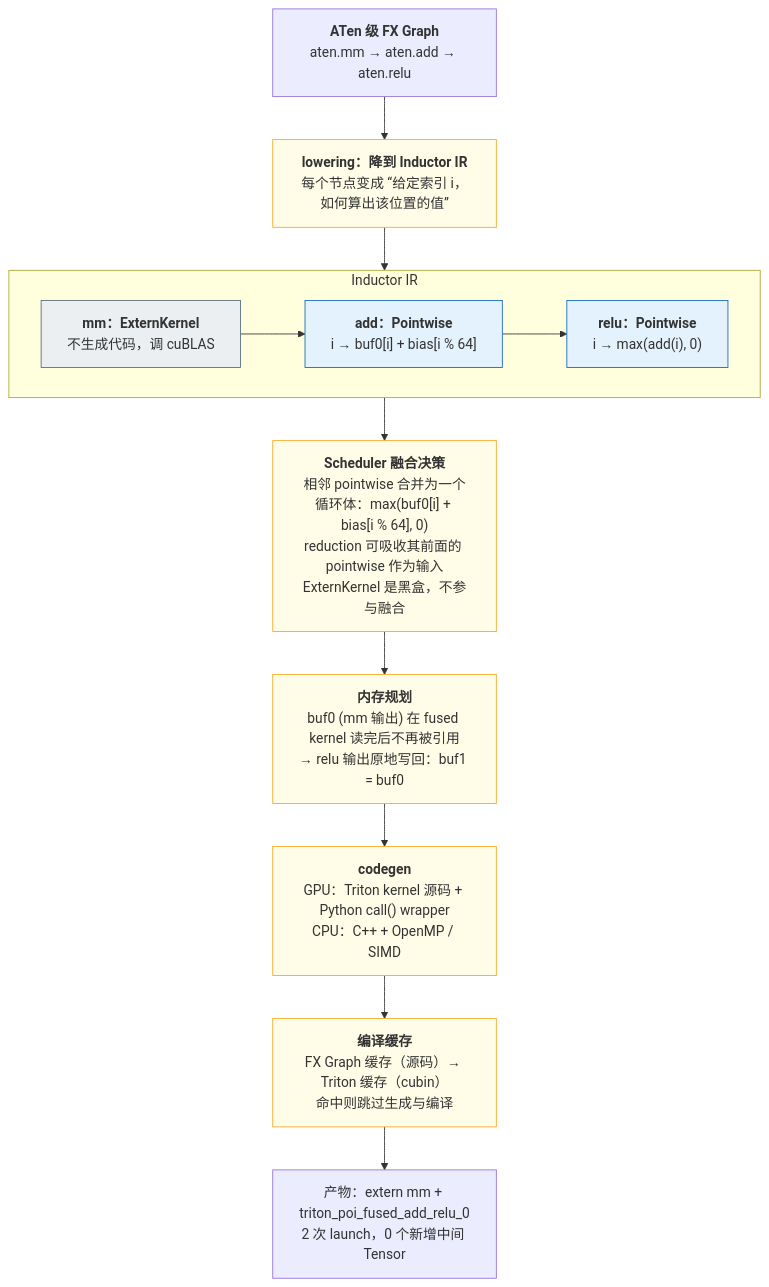
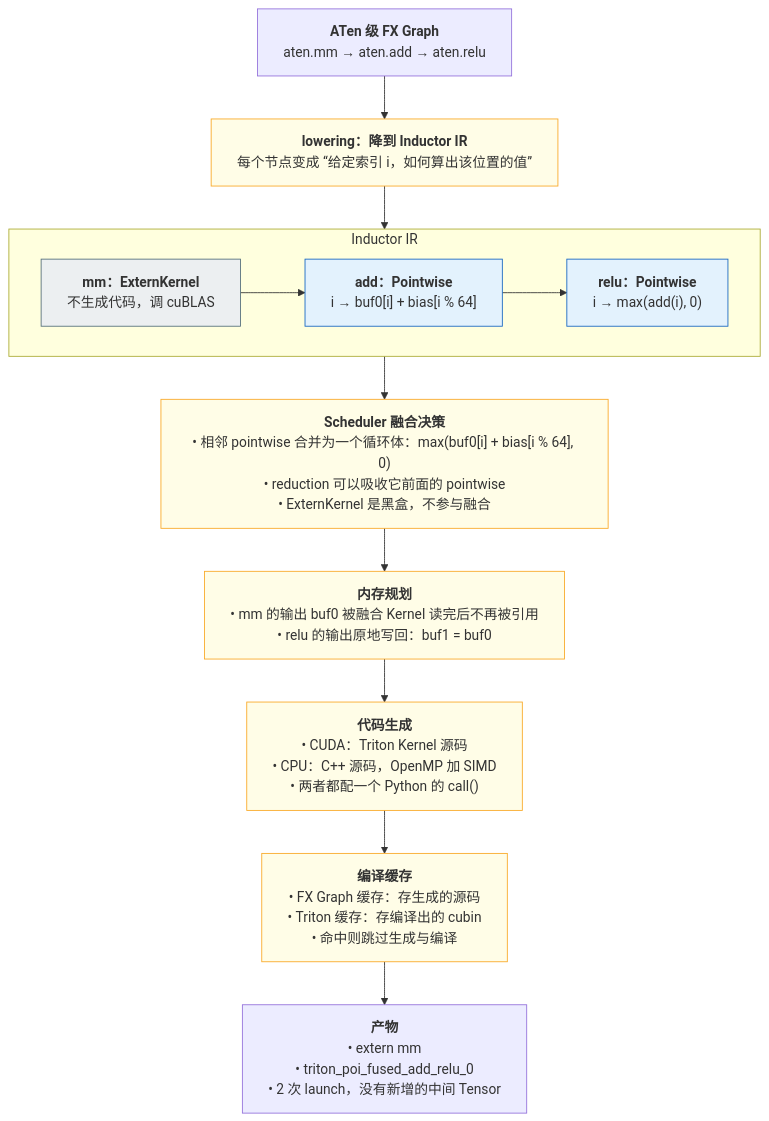
One commit to arganzheng/arganzheng.github.com changed the seventh of 12 diagrams in _posts/2026-02-23-pytorch-compilation-and-graph-optimization.md. Above: the diagram before and after it, drawn with Mermaid. The commit also changed other lines of this file and 5 other files, not shown here.

First line of the commit message:
PyTorch 编译执行与图优化：按 16 条划线评论修改，补三张数据结构图（Discussion #372）

````diff
--- a/_posts/2026-02-23-pytorch-compilation-and-graph-optimization.md
+++ b/_posts/2026-02-23-pytorch-compilation-and-graph-optimization.md
@@ -772,24 +847,25 @@
 ```mermaid
+%%{init: {"flowchart": {"wrappingWidth": 460}}}%%
 %% 图：Inductor 的内部步骤：ATen 节点 lowering 到循环级 IR，Scheduler 把相邻 pointwise 融合成一个 kernel
 flowchart TB
     IN["<b>ATen 级 FX Graph</b><br/>aten.mm → aten.add → aten.relu"]
     IN --> LOW["<b>lowering：降到 Inductor IR</b><br/>每个节点变成 “给定索引 i，如何算出该位置的值”"]
     LOW --> IR
     subgraph IR["Inductor IR"]
         EK["<b>mm：ExternKernel</b><br/>不生成代码，调 cuBLAS"]
         PW1["<b>add：Pointwise</b><br/>i → buf0#91;i#93; + bias#91;i % 64#93;"]
         PW2["<b>relu：Pointwise</b><br/>i → max(add(i), 0)"]
         EK --> PW1 --> PW2
     end
-    IR --> SCH["<b>Scheduler 融合决策</b><br/>相邻 pointwise 合并为一个循环体：max(buf0#91;i#93; + bias#91;i % 64#93;, 0)<br/>reduction 可吸收其前面的 pointwise 作为输入<br/>ExternKernel 是黑盒，不参与融合"]
-    SCH --> MEM["<b>内存规划</b><br/>buf0 (mm 输出) 在 fused kernel 读完后不再被引用<br/>→ relu 输出原地写回：buf1 = buf0"]
-    MEM --> CG["<b>codegen</b><br/>GPU：Triton kernel 源码 + Python call() wrapper<br/>CPU：C++ + OpenMP / SIMD"]
-    CG --> CC["<b>编译缓存</b><br/>FX Graph 缓存（源码）→ Triton 缓存（cubin）<br/>命中则跳过生成与编译"]
-    CC --> OUT["产物：extern mm + triton_poi_fused_add_relu_0<br/>2 次 launch，0 个新增中间 Tensor"]
+    IR --> SCH["<b>Scheduler 融合决策</b><br/>• 相邻 pointwise 合并为一个循环体：max(buf0#91;i#93; + bias#91;i % 64#93;, 0)<br/>• reduction 可以吸收它前面的 pointwise<br/>• ExternKernel 是黑盒，不参与融合"]
+    SCH --> MEM["<b>内存规划</b><br/>• mm 的输出 buf0 被融合 Kernel 读完后不再被引用<br/>• relu 的输出原地写回：buf1 = buf0"]
+    MEM --> CG["<b>代码生成</b><br/>• CUDA：Triton Kernel 源码<br/>• CPU：C++ 源码，OpenMP 加 SIMD<br/>• 两者都配一个 Python 的 call()"]
+    CG --> CC["<b>编译缓存</b><br/>• FX Graph 缓存：存生成的源码<br/>• Triton 缓存：存编译出的 cubin<br/>• 命中则跳过生成与编译"]
+    CC --> OUT["<b>产物</b><br/>• extern mm<br/>• triton_poi_fused_add_relu_0<br/>• 2 次 launch，没有新增的中间 Tensor"]
     classDef ext fill:#eceff1,stroke:#546e7a;
     classDef pw fill:#e3f2fd,stroke:#1565c0;
     classDef stage fill:#fffde7,stroke:#f9a825;
     class EK ext;
     class PW1,PW2 pw;
     class LOW,SCH,MEM,CG,CC stage;
 ```
````
